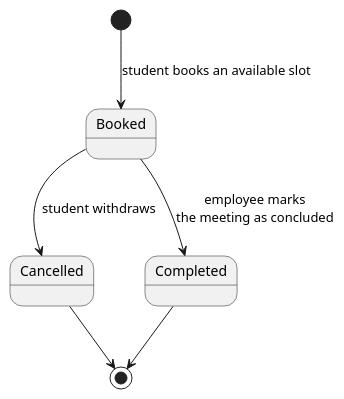
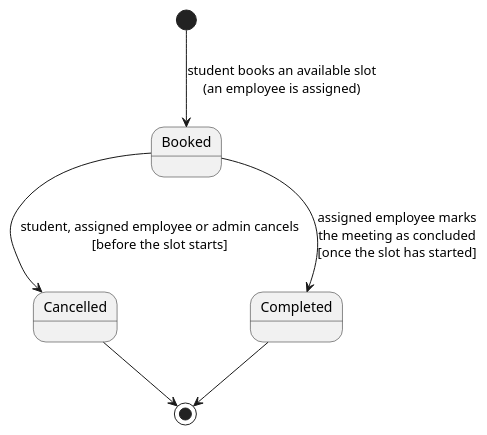
Before and after one commit to unibo-dtm-se-2526-PRONTO/report: the diagram in sections/03-design/assets/appointment.puml, drawn with PlantUML. The commit also changed 14 other files, not shown here.

```diff
--- a/sections/03-design/assets/appointment.puml
+++ b/sections/03-design/assets/appointment.puml
@@ -1,13 +1,13 @@
 @startuml
 
 skinparam shadowing false
 
-[*] --> Booked : student books an available slot
+[*] --> Booked : student books an available slot\n(an employee is assigned)
 
-Booked --> Cancelled : student withdraws
-Booked --> Completed : employee marks\nthe meeting as concluded
+Booked --> Cancelled : student, assigned employee or admin cancels\n[before the slot starts]
+Booked --> Completed : assigned employee marks\nthe meeting as concluded\n[once the slot has started]
 
 Cancelled --> [*]
 Completed --> [*]
 
 @enduml
```
